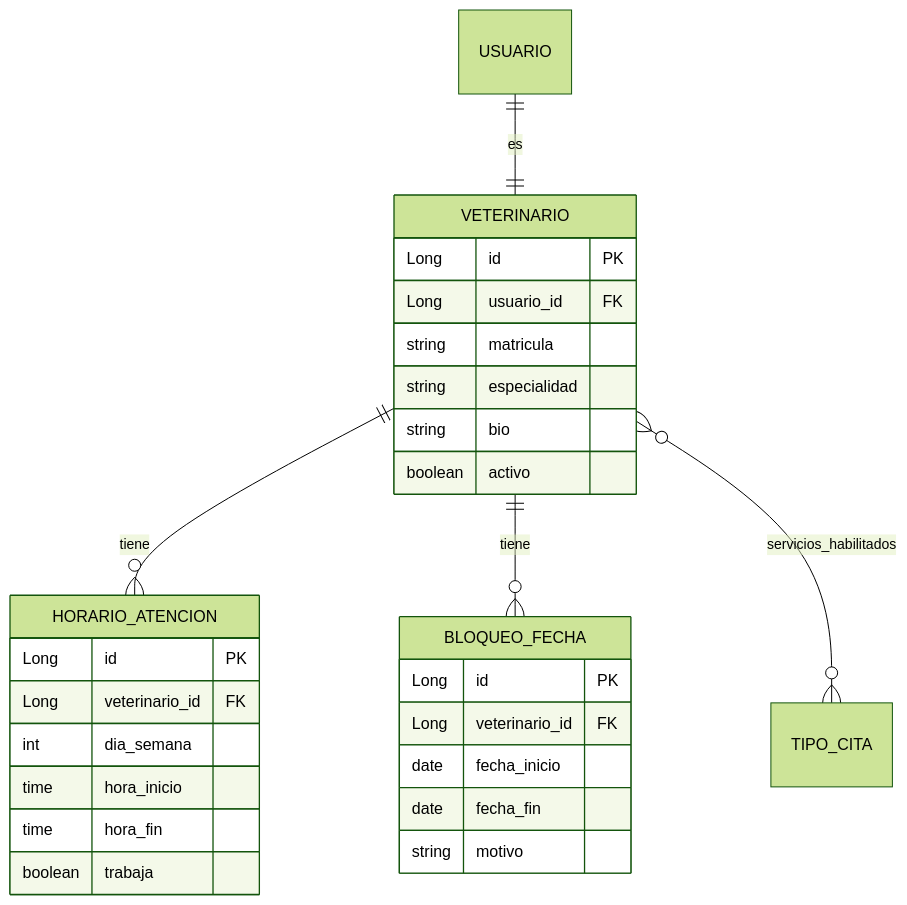
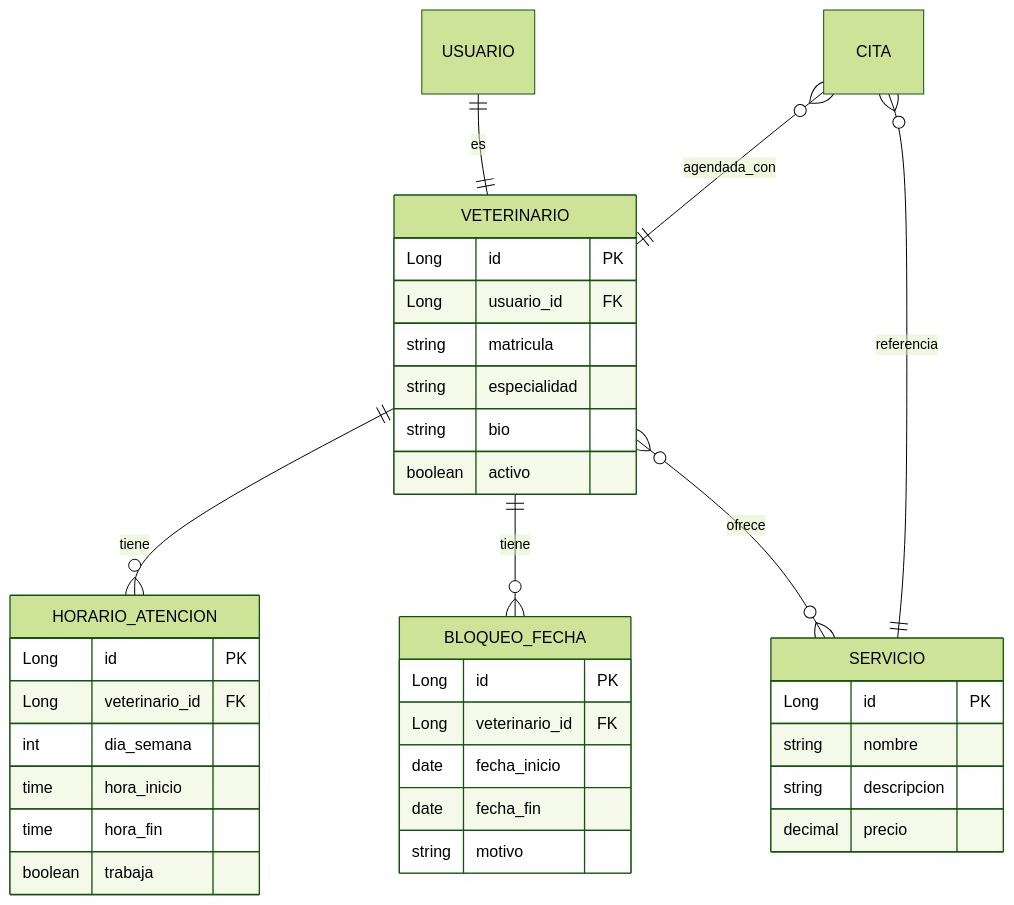
Before and after one commit to Team4GoTechy/G4-ms: the first of 4 diagrams in README.md, drawn with Mermaid (forest theme). The commit also changed other lines of this file and 14 other files, not shown here.

Commit message:
refactor(vet-admin): se reemplazo TipoServicio con entidad Servicio, y arreglo en relaciones Many-to-Many

````diff
--- a/README.md
+++ b/README.md
@@ -42,30 +44,38 @@
 ```mermaid
 erDiagram
     USUARIO ||--|| VETERINARIO : es
     VETERINARIO {
         Long id PK
         Long usuario_id FK
         string matricula
         string especialidad
         string bio
         boolean activo
     }
     VETERINARIO ||--o{ HORARIO_ATENCION : tiene
     HORARIO_ATENCION {
         Long id PK
         Long veterinario_id FK
         int dia_semana
         time hora_inicio
         time hora_fin
         boolean trabaja
     }
     VETERINARIO ||--o{ BLOQUEO_FECHA : tiene
     BLOQUEO_FECHA {
         Long id PK
         Long veterinario_id FK
         date fecha_inicio
         date fecha_fin
         string motivo
     }
-    VETERINARIO }o--o{ TIPO_CITA : servicios_habilitados
+    VETERINARIO }o--o{ SERVICIO : ofrece
+    SERVICIO {
+        Long id PK
+        string nombre
+        string descripcion
+        decimal precio
+    }
+    CITA }o--|| SERVICIO : referencia
+    CITA }o--|| VETERINARIO : agendada_con
 ```
````
